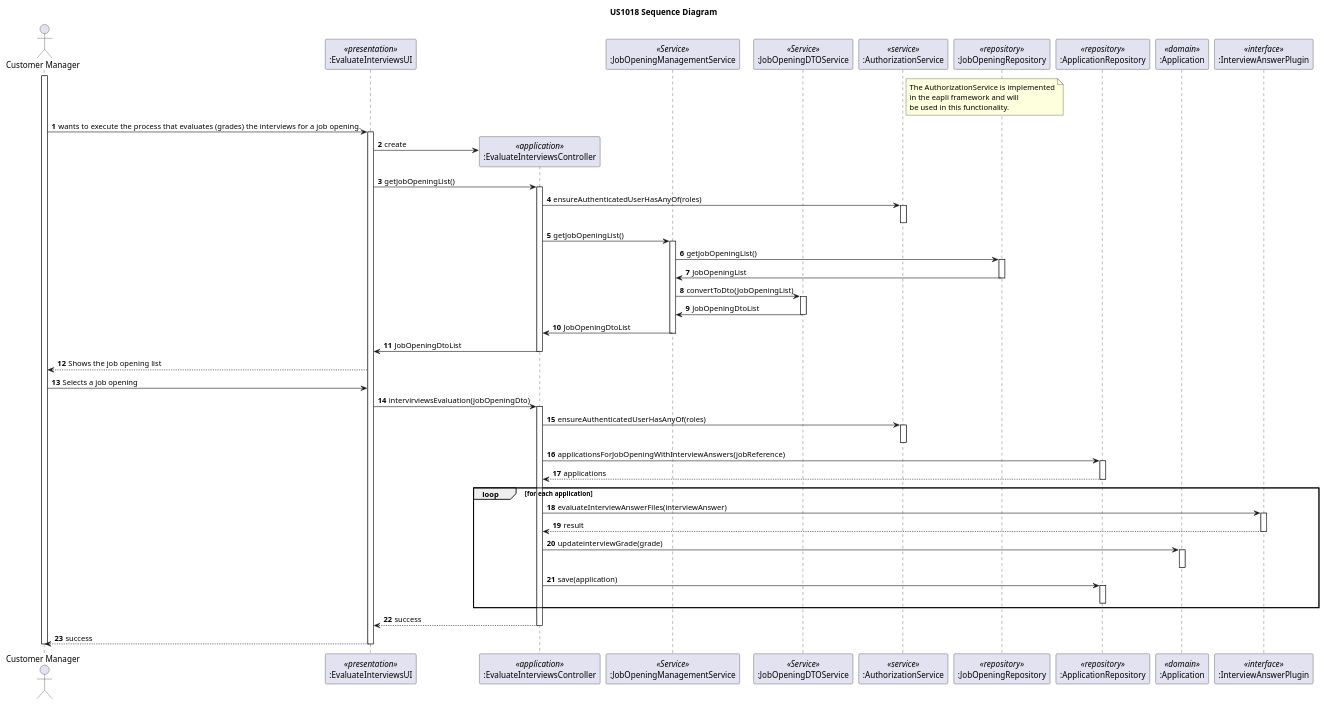
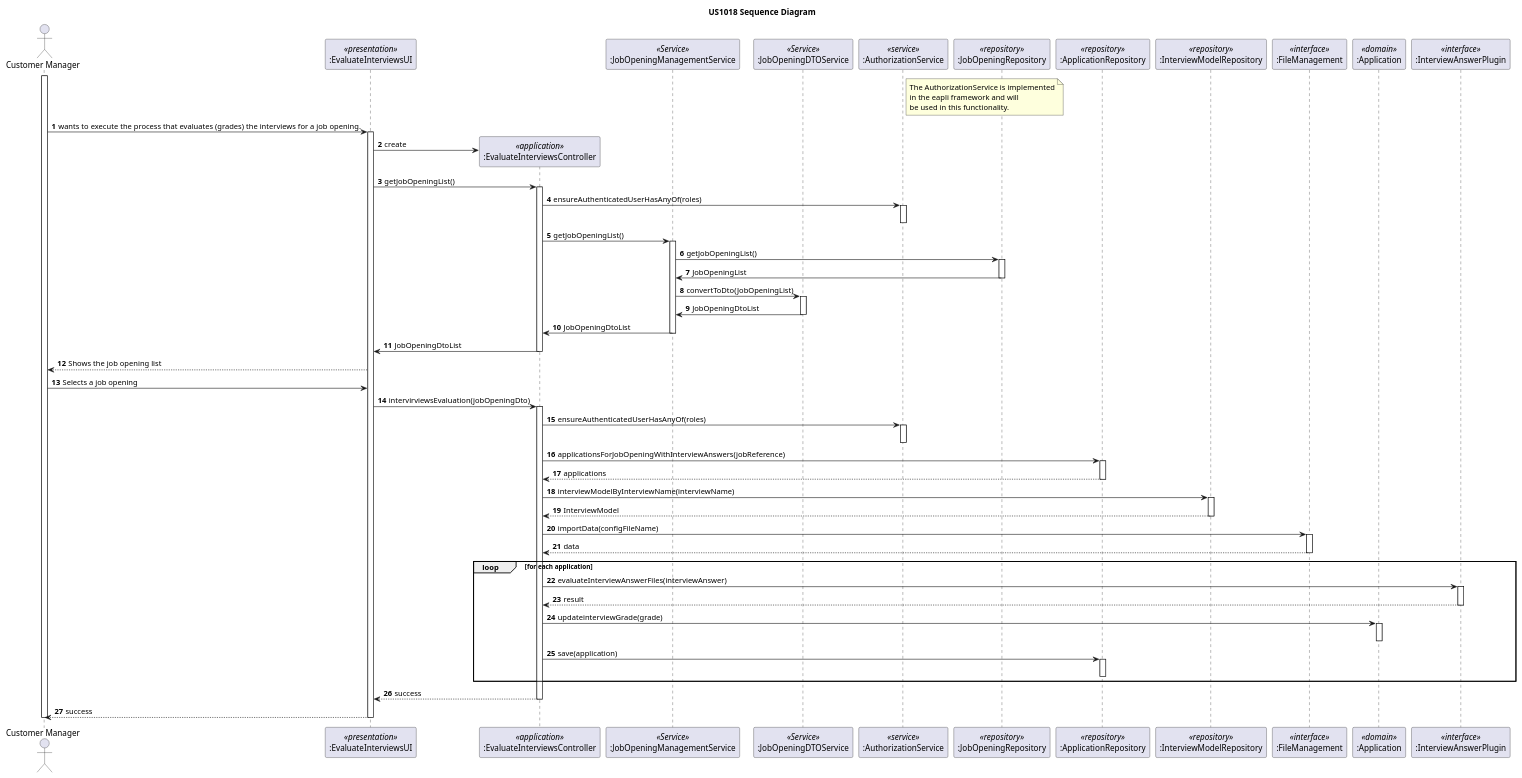
The diagram in docs/sprint-c/us_1018/sd/sd-us-1018.puml (rita-barbosa/LAPR4-2324), drawn with PlantUML before and after one commit. The commit also changed 5 other files, not shown here.

```diff
--- a/docs/sprint-c/us_1018/sd/sd-us-1018.puml
+++ b/docs/sprint-c/us_1018/sd/sd-us-1018.puml
@@ -1,90 +1,103 @@
 @startuml
 autonumber
 
 title US1018 Sequence Diagram
 
 actor "Customer Manager" as CustomerManager
 
 participant ":EvaluateInterviewsUI" as UI <<presentation>>
 participant ":EvaluateInterviewsController" as CTRL <<application>>
 participant ":JobOpeningManagementService" as JobOpeningService <<Service>>
 participant ":JobOpeningDTOService" as JobOpeningDTOService <<Service>>
 participant ":AuthorizationService" as AUTHZ <<service>>
 participant ":JobOpeningRepository" as JobOpeningRepository <<repository>>
 participant ":ApplicationRepository" as ApplicationRepository <<repository>>
+participant ":InterviewModelRepository" as InterviewRepository <<repository>>
+participant ":FileManagement" as FM <<interface>>
+
+
 participant ":Application" as application <<domain>>
 
 
 participant ":InterviewAnswerPlugin" as interviewPlugin <<interface>>
 
 note right AUTHZ
 The AuthorizationService is implemented
 in the eapli framework and will
 be used in this functionality.
 end note
 
 activate CustomerManager
 
 CustomerManager -> UI : wants to execute the process that evaluates (grades) the interviews for a job opening.
 activate UI
 
 UI -> CTRL**: create
 
 UI -> CTRL: getJobOpeningList()
 activate CTRL
 CTRL -> AUTHZ:  ensureAuthenticatedUserHasAnyOf(roles)
 activate AUTHZ
 deactivate AUTHZ
 CTRL ->JobOpeningService: getJobOpeningList()
     activate JobOpeningService
         JobOpeningService -> JobOpeningRepository: getJobOpeningList()
 
         activate JobOpeningRepository
             JobOpeningRepository -> JobOpeningService: JobOpeningList
         deactivate JobOpeningRepository
 
         JobOpeningService-> JobOpeningDTOService: convertToDto(JobOpeningList)
         activate JobOpeningDTOService
             JobOpeningDTOService -> JobOpeningService:JobOpeningDtoList
         deactivate JobOpeningDTOService
         JobOpeningService -> CTRL: JobOpeningDtoList
     deactivate JobOpeningService
     CTRL -> UI: JobOpeningDtoList
 deactivate CTRL
 
 UI--> CustomerManager: Shows the job opening list
 CustomerManager-> UI: Selects a job opening
 
 UI->CTRL: intervirviewsEvaluation(jobOpeningDto)
 activate CTRL
     CTRL -> AUTHZ:  ensureAuthenticatedUserHasAnyOf(roles)
     activate AUTHZ
     deactivate AUTHZ
 
     CTRL -> ApplicationRepository: applicationsForJobOpeningWithInterviewAnswers(jobReference)
     activate ApplicationRepository
         ApplicationRepository --> CTRL: applications
     deactivate ApplicationRepository
+    CTRL -> InterviewRepository: interviewModelByInterviewName(interviewName)
+    activate InterviewRepository
+        InterviewRepository --> CTRL: InterviewModel
+    deactivate InterviewRepository
+
+    CTRL -> FM: importData(configFileName)
+    activate FM
+        FM --> CTRL: data
+    deactivate FM
 
     loop for each application
         CTRL -> interviewPlugin: evaluateInterviewAnswerFiles(interviewAnswer)
         activate interviewPlugin
             interviewPlugin --> CTRL: result
         deactivate interviewPlugin
 
         CTRL -> application: updateinterviewGrade(grade)
         activate application
         deactivate application
 
         CTRL -> ApplicationRepository: save(application)
         activate ApplicationRepository
         deactivate ApplicationRepository
     end loop
 
     CTRL--> UI: success
 deactivate CTRL
 UI --> CustomerManager: success
 deactivate UI
 deactivate CustomerManager
 
 @enduml
```
